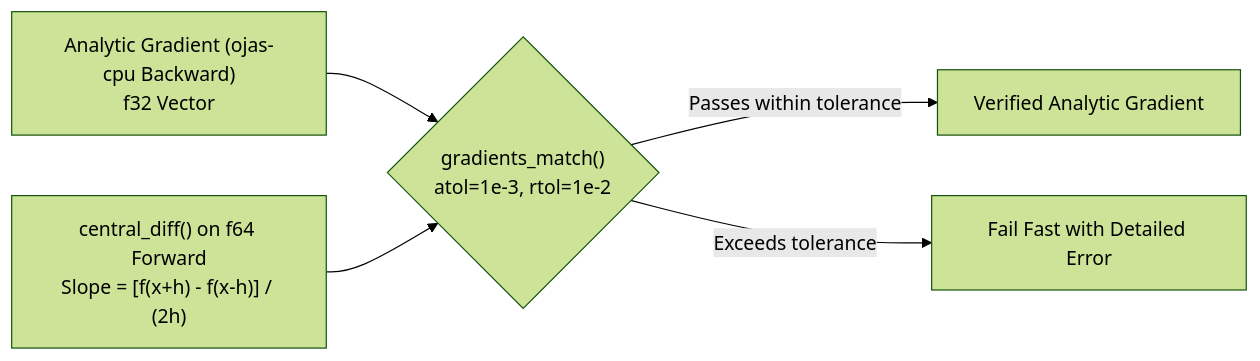
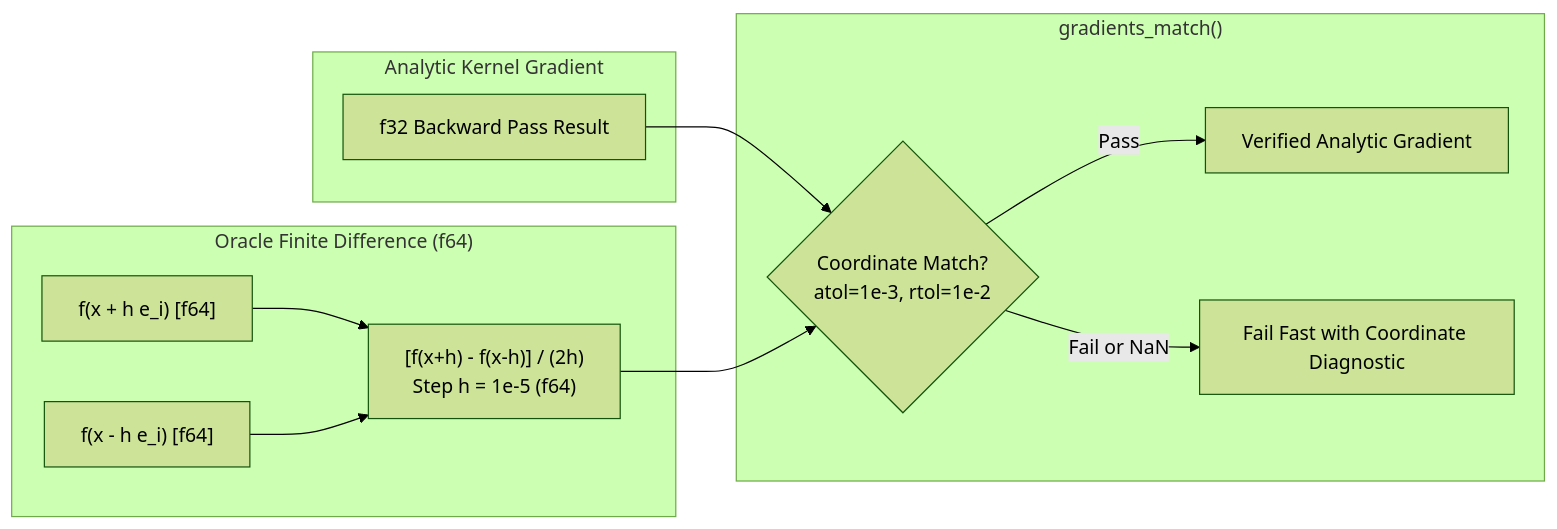
One commit to bharathvbcr/ojas changed the third of 3 diagrams in ojas-autograd/README.md. Above: the diagram before and after it, drawn with Mermaid (forest theme). The commit also changed other lines of this file and 341 other files, not shown here.

````diff
--- a/ojas-autograd/README.md
+++ b/ojas-autograd/README.md
@@ -35,7 +56,25 @@
 ```mermaid
 flowchart LR
-    Analytical["Analytic Gradient (ojas-cpu Backward)\nf32 Vector"] --> Matcher{"gradients_match()\natol=1e-3, rtol=1e-2"}
-    Numeric["central_diff() on f64 Forward\nSlope = [f(x+h) - f(x-h)] / (2h)"] --> Matcher
-    Matcher -->|Passes within tolerance| Green["Verified Analytic Gradient"]
-    Matcher -->|Exceeds tolerance| Err["Fail Fast with Detailed Error"]
+    subgraph Analytical["Analytic Kernel Gradient"]
+        Grad["f32 Backward Pass Result"]
+    end
+
+    subgraph Numerical["Oracle Finite Difference (f64)"]
+        PerturbPlus["f(x + h e_i) [f64]"]
+        PerturbMinus["f(x - h e_i) [f64]"]
+        Slope["[f(x+h) - f(x-h)] / (2h)\nStep h = 1e-5 (f64)"]
+        PerturbPlus --> Slope
+        PerturbMinus --> Slope
+    end
+
+    subgraph Verifier["gradients_match()"]
+        Check{"Coordinate Match?\natol=1e-3, rtol=1e-2"}
+        Pass["Verified Analytic Gradient"]
+        Fail["Fail Fast with Coordinate Diagnostic"]
+    end
+
+    Grad --> Check
+    Slope --> Check
+    Check -->|Pass| Pass
+    Check -->|Fail or NaN| Fail
 ```
````
